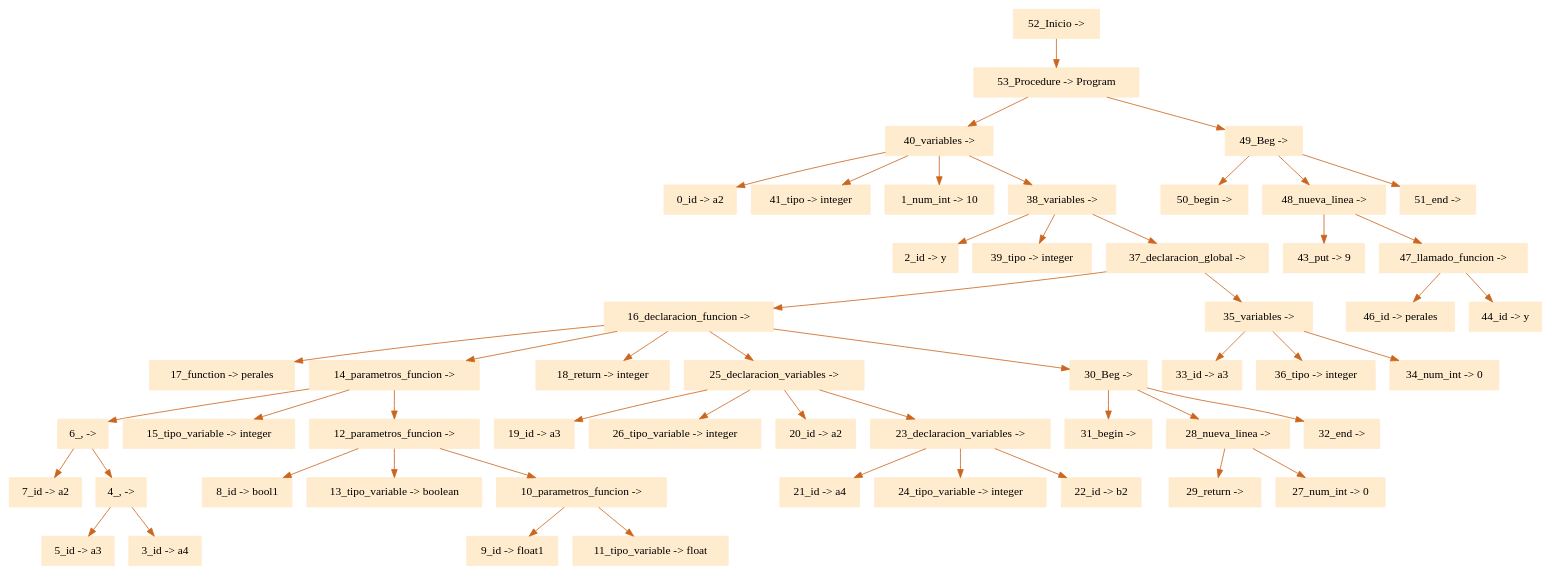
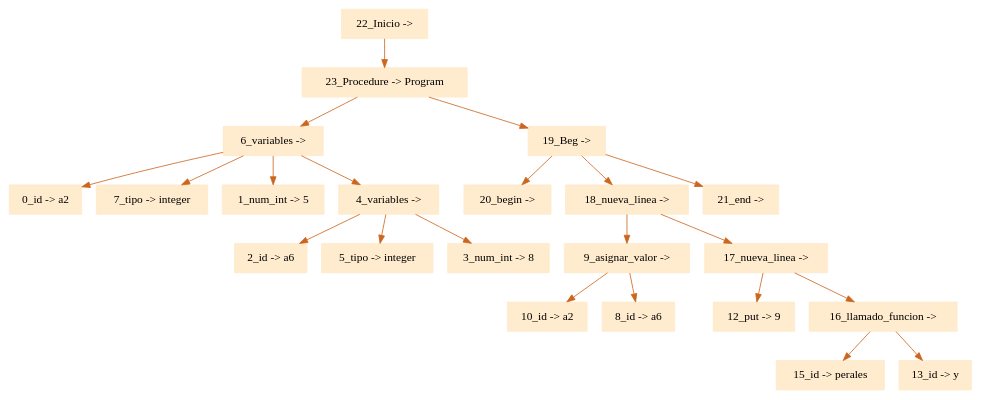
One commit to eliasgz97/Proyecto_Compiladores changed the diagram in ProyectoCompiladores/arbol.dot. Above: the diagram before and after it, drawn with Graphviz. The commit also changed 3 other files, not shown here.

```diff
--- a/ProyectoCompiladores/arbol.dot
+++ b/ProyectoCompiladores/arbol.dot
@@ -1,56 +1,26 @@
 digraph G {node[shape=box, style=filled, color=blanchedalmond]; edge[color=chocolate3];rankdir=UD 
 
-"52_Inicio -> "->"53_Procedure -> Program"
-"53_Procedure -> Program"->"40_variables -> "
-"40_variables -> "->"0_id -> a2"
-"40_variables -> "->"41_tipo -> integer"
-"40_variables -> "->"1_num_int -> 10"
-"40_variables -> "->"38_variables -> "
-"38_variables -> "->"2_id -> y"
-"38_variables -> "->"39_tipo -> integer"
-"38_variables -> "->"37_declaracion_global -> "
-"37_declaracion_global -> "->"16_declaracion_funcion -> "
-"16_declaracion_funcion -> "->"17_function -> perales"
-"16_declaracion_funcion -> "->"14_parametros_funcion -> "
-"14_parametros_funcion -> "->"6_, -> "
-"6_, -> "->"7_id -> a2"
-"6_, -> "->"4_, -> "
-"4_, -> "->"5_id -> a3"
-"4_, -> "->"3_id -> a4"
-"14_parametros_funcion -> "->"15_tipo_variable -> integer"
-"14_parametros_funcion -> "->"12_parametros_funcion -> "
-"12_parametros_funcion -> "->"8_id -> bool1"
-"12_parametros_funcion -> "->"13_tipo_variable -> boolean"
-"12_parametros_funcion -> "->"10_parametros_funcion -> "
-"10_parametros_funcion -> "->"9_id -> float1"
-"10_parametros_funcion -> "->"11_tipo_variable -> float"
-"16_declaracion_funcion -> "->"18_return -> integer"
-"16_declaracion_funcion -> "->"25_declaracion_variables -> "
-"25_declaracion_variables -> "->"19_id -> a3"
-"25_declaracion_variables -> "->"26_tipo_variable -> integer"
-"25_declaracion_variables -> "->"20_id -> a2"
-"25_declaracion_variables -> "->"23_declaracion_variables -> "
-"23_declaracion_variables -> "->"21_id -> a4"
-"23_declaracion_variables -> "->"24_tipo_variable -> integer"
-"23_declaracion_variables -> "->"22_id -> b2"
-"16_declaracion_funcion -> "->"30_Beg -> "
-"30_Beg -> "->"31_begin -> "
-"30_Beg -> "->"28_nueva_linea -> "
-"28_nueva_linea -> "->"29_return -> "
-"28_nueva_linea -> "->"27_num_int -> 0"
-"30_Beg -> "->"32_end -> "
-"37_declaracion_global -> "->"35_variables -> "
-"35_variables -> "->"33_id -> a3"
-"35_variables -> "->"36_tipo -> integer"
-"35_variables -> "->"34_num_int -> 0"
-"53_Procedure -> Program"->"49_Beg -> "
-"49_Beg -> "->"50_begin -> "
-"49_Beg -> "->"48_nueva_linea -> "
-"48_nueva_linea -> "->"43_put -> 9"
-"48_nueva_linea -> "->"47_llamado_funcion -> "
-"47_llamado_funcion -> "->"46_id -> perales"
-"47_llamado_funcion -> "->"44_id -> y"
-"49_Beg -> "->"51_end -> "
+"22_Inicio -> "->"23_Procedure -> Program"
+"23_Procedure -> Program"->"6_variables -> "
+"6_variables -> "->"0_id -> a2"
+"6_variables -> "->"7_tipo -> integer"
+"6_variables -> "->"1_num_int -> 5"
+"6_variables -> "->"4_variables -> "
+"4_variables -> "->"2_id -> a6"
+"4_variables -> "->"5_tipo -> integer"
+"4_variables -> "->"3_num_int -> 8"
+"23_Procedure -> Program"->"19_Beg -> "
+"19_Beg -> "->"20_begin -> "
+"19_Beg -> "->"18_nueva_linea -> "
+"18_nueva_linea -> "->"9_asignar_valor -> "
+"9_asignar_valor -> "->"10_id -> a2"
+"9_asignar_valor -> "->"8_id -> a6"
+"18_nueva_linea -> "->"17_nueva_linea -> "
+"17_nueva_linea -> "->"12_put -> 9"
+"17_nueva_linea -> "->"16_llamado_funcion -> "
+"16_llamado_funcion -> "->"15_id -> perales"
+"16_llamado_funcion -> "->"13_id -> y"
+"19_Beg -> "->"21_end -> "
 
 
 }
```
